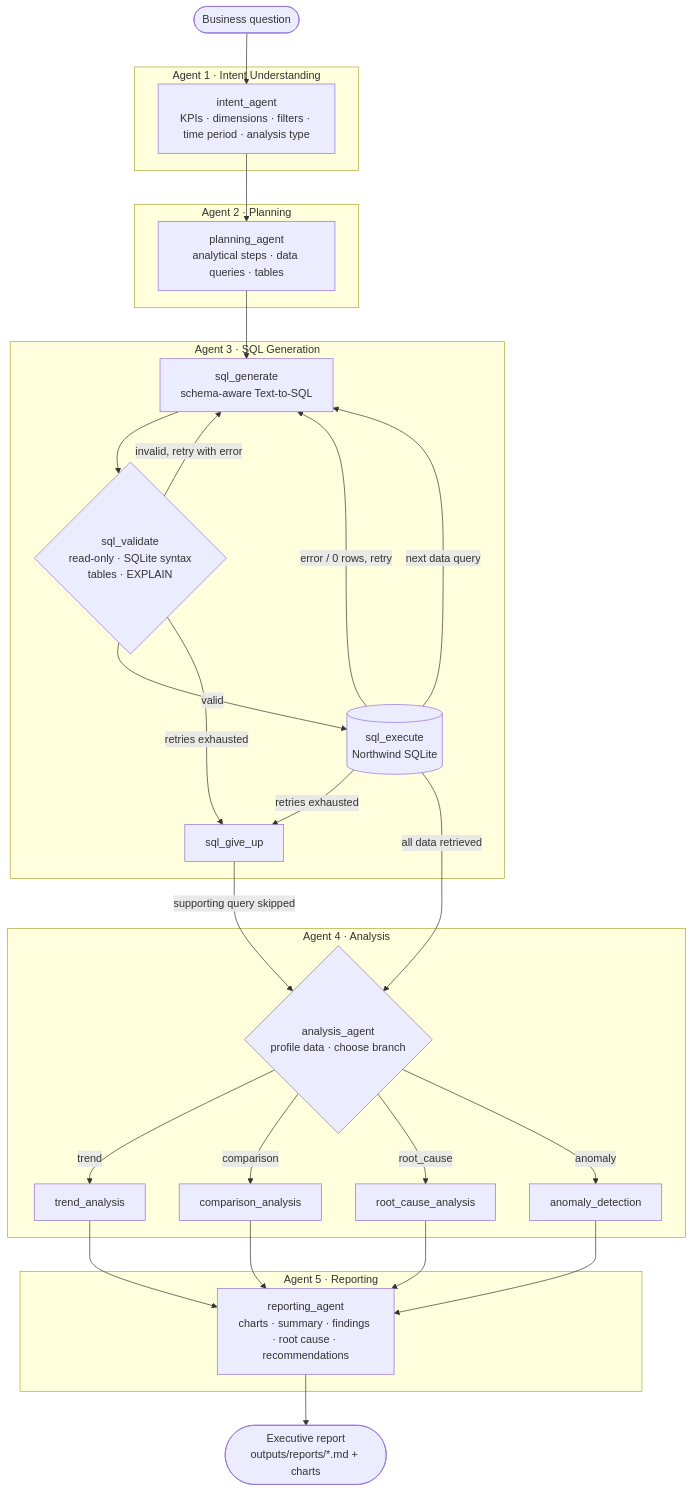
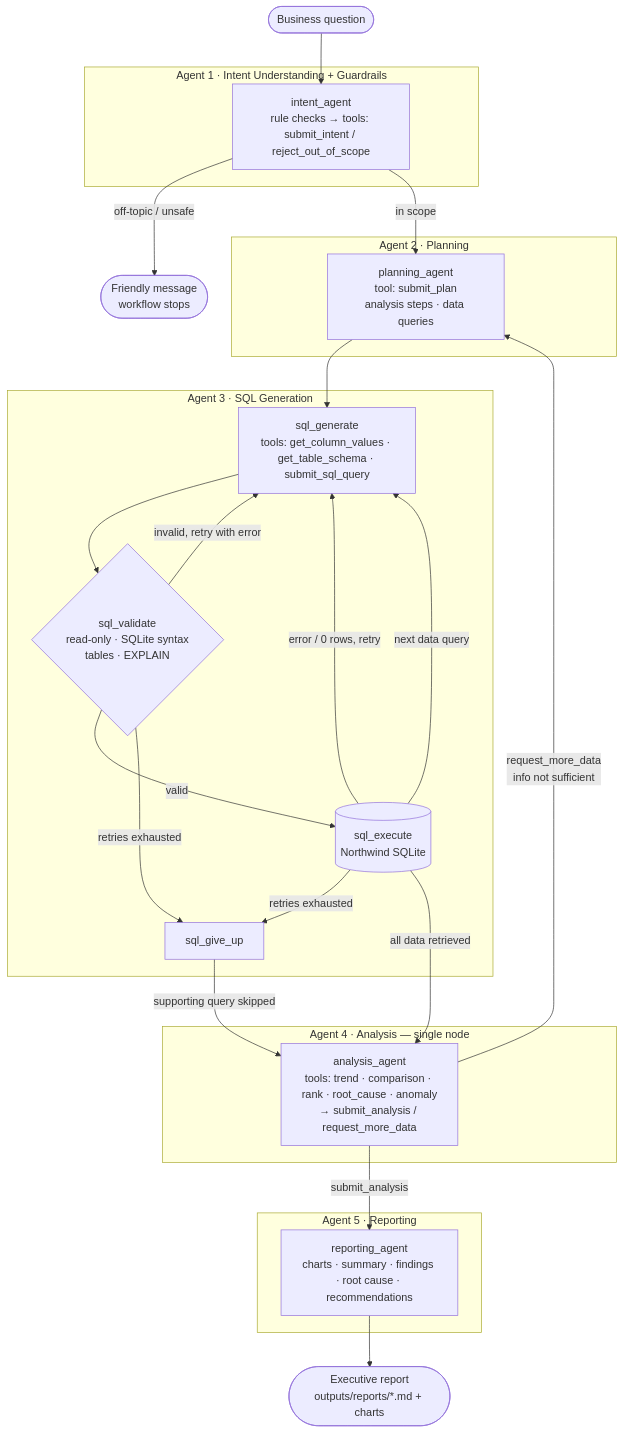
One commit to ayushkrpvt/Multi-Agent-Data-Analysis changed the diagram in README.md. Above: the diagram before and after it, drawn with Mermaid. The commit also changed other lines of this file and 54 other files, not shown here.

First line of the commit message:
Native tool calling, intent guardrails, single-node analysis agent with re-plan loop

````diff
--- a/README.md
+++ b/README.md
@@ -17,48 +17,43 @@
 ```mermaid
 flowchart TD
     U([Business question]) --> I
 
-    subgraph A1[Agent 1 · Intent Understanding]
-        I[intent_agent<br/>KPIs · dimensions · filters · time period · analysis type]
+    subgraph A1[Agent 1 · Intent Understanding + Guardrails]
+        I[intent_agent<br/>rule checks → tools: submit_intent / reject_out_of_scope]
     end
 
-    I --> P
+    I -- off-topic / unsafe --> G([Friendly message<br/>workflow stops])
+    I -- in scope --> P
 
     subgraph A2[Agent 2 · Planning]
-        P[planning_agent<br/>analytical steps · data queries · tables]
+        P[planning_agent<br/>tool: submit_plan<br/>analysis steps · data queries]
     end
 
-    P --> G
+    P --> SG
 
     subgraph A3[Agent 3 · SQL Generation]
-        G[sql_generate<br/>schema-aware Text-to-SQL] --> V{sql_validate<br/>read-only · SQLite syntax<br/>tables · EXPLAIN}
-        V -- invalid, retry with error --> G
+        SG[sql_generate<br/>tools: get_column_values · get_table_schema · submit_sql_query] --> V{sql_validate<br/>read-only · SQLite syntax<br/>tables · EXPLAIN}
+        V -- invalid, retry with error --> SG
         V -- valid --> E[(sql_execute<br/>Northwind SQLite)]
-        E -- error / 0 rows, retry --> G
-        E -- next data query --> G
+        E -- error / 0 rows, retry --> SG
+        E -- next data query --> SG
         V -- retries exhausted --> X[sql_give_up]
         E -- retries exhausted --> X
     end
 
     E -- all data retrieved --> AN
     X -- supporting query skipped --> AN
 
-    subgraph A4[Agent 4 · Analysis]
-        AN{analysis_agent<br/>profile data · choose branch}
-        AN -- trend --> T[trend_analysis]
-        AN -- comparison --> C[comparison_analysis]
-        AN -- root_cause --> R[root_cause_analysis]
-        AN -- anomaly --> AD[anomaly_detection]
+    subgraph A4[Agent 4 · Analysis — single node]
+        AN[analysis_agent<br/>tools: trend · comparison · rank · root_cause · anomaly<br/>→ submit_analysis / request_more_data]
     end
 
-    T --> RP
-    C --> RP
-    R --> RP
-    AD --> RP
+    AN -- request_more_data<br/>info not sufficient --> P
+    AN -- submit_analysis --> RP
 
     subgraph A5[Agent 5 · Reporting]
         RP[reporting_agent<br/>charts · summary · findings · root cause · recommendations]
     end
 
     RP --> OUT([Executive report<br/>outputs/reports/*.md + charts])
 ```
````
